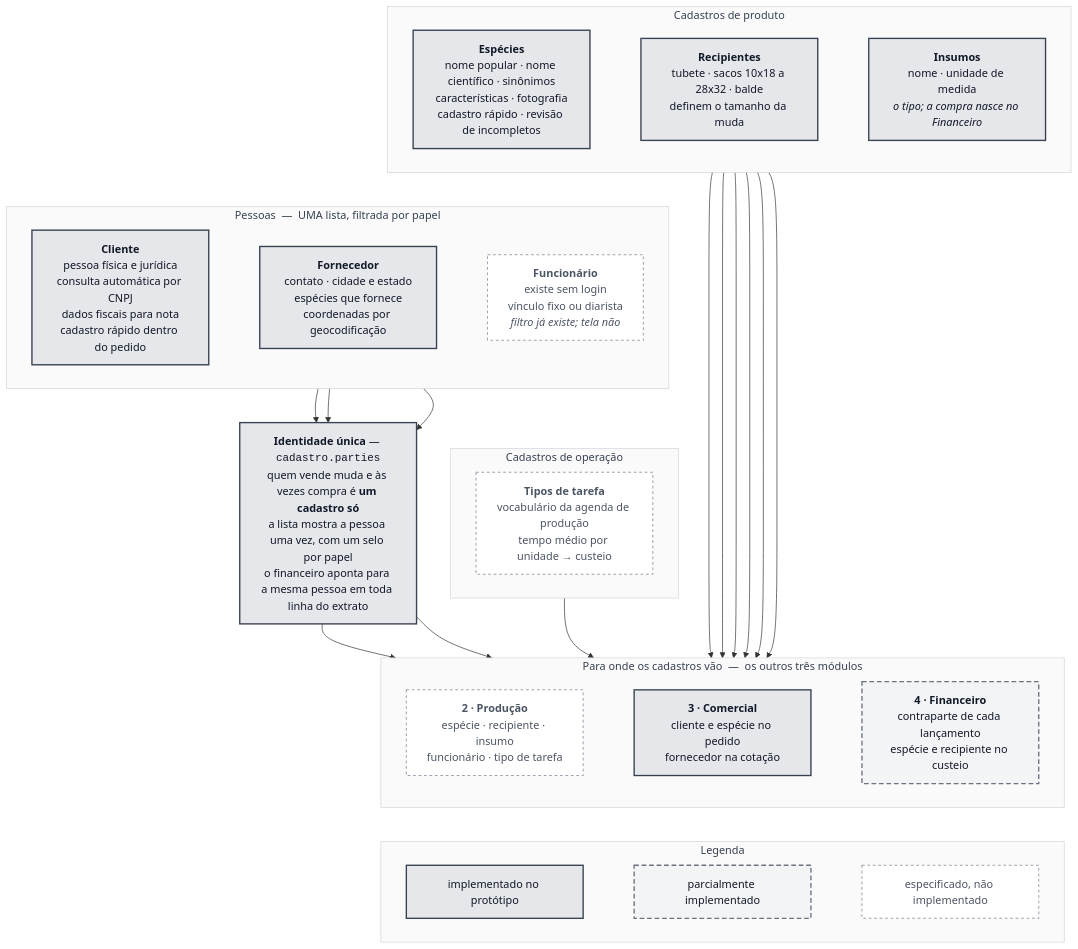
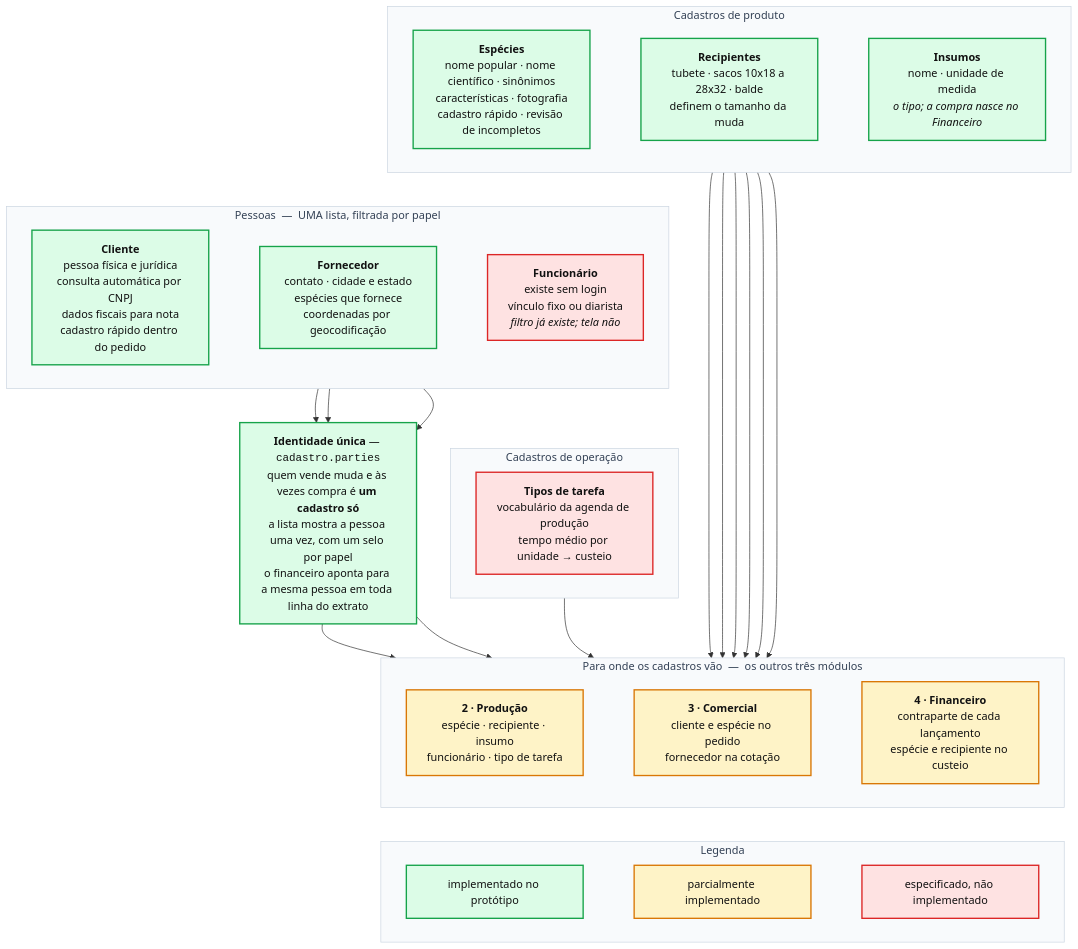
One commit to JoaoMudar/mudar changed the diagram in docs/rotinas/img/mapa-1-cadastros.mmd. Above: the diagram before and after it, drawn with Mermaid. The commit also changed other lines of this file and 19 other files, not shown here.

First line of the commit message:
@ docs(rotinas): cor no .mmd, cinza no .png, e um status so

```diff
--- a/docs/rotinas/img/mapa-1-cadastros.mmd
+++ b/docs/rotinas/img/mapa-1-cadastros.mmd
@@ -1,73 +1,81 @@
 %% Modulo 1 de 4. Cliente, fornecedor e funcionario sao PAPEIS de uma pessoa:
 %% a porta de entrada e /cadastros/pessoas, nao uma aba por papel.
 %% Modulo 1 de 4. Regra de corte: e cadastro se, ao apaga-lo, um movimento
 %% passado ficar sem sentido. Custos fixos foi para o Financeiro (valor que
 %% muda todo mes, alimentado pelo extrato) e coleta de sementes para a
 %% Producao (atividade de campo) — nenhum dos dois passa nessa regra.
 flowchart TB
   subgraph PRODU["Cadastros de produto"]
     direction LR
     ESP["<b>Espécies</b><br/>nome popular · nome científico · sinônimos<br/>características · fotografia<br/>cadastro rápido · revisão de incompletos"]
     REC["<b>Recipientes</b><br/>tubete · sacos 10x18 a 28x32 · balde<br/>definem o tamanho da muda"]
     INS["<b>Insumos</b><br/>nome · unidade de medida<br/><i>o tipo; a compra nasce no Financeiro</i>"]
     ESP ~~~ REC ~~~ INS
   end
 
   subgraph PESSOAS["Pessoas &nbsp;&mdash;&nbsp; UMA lista, filtrada por papel"]
     direction LR
     CLI["<b>Cliente</b><br/>pessoa física e jurídica<br/>consulta automática por CNPJ<br/>dados fiscais para nota<br/>cadastro rápido dentro do pedido"]
     FOR["<b>Fornecedor</b><br/>contato · cidade e estado<br/>espécies que fornece<br/>coordenadas por geocodificação"]
     FUN["<b>Funcionário</b><br/>existe sem login<br/>vínculo fixo ou diarista<br/><i>filtro já existe; tela não</i>"]
     CLI ~~~ FOR ~~~ FUN
   end
 
   IDE["<b>Identidade única</b> &mdash; <code>cadastro.parties</code><br/>quem vende muda e às vezes compra é <b>um cadastro só</b><br/>a lista mostra a pessoa uma vez, com um selo por papel<br/>o financeiro aponta para a mesma pessoa em toda linha do extrato"]
 
   subgraph OPER["Cadastros de operação"]
     direction LR
     TIP["<b>Tipos de tarefa</b><br/>vocabulário da agenda de produção<br/>tempo médio por unidade &rarr; custeio"]
   end
 
   subgraph CONS["Para onde os cadastros vão &nbsp;&mdash;&nbsp; os outros três módulos"]
     direction LR
     D2["<b>2 · Produção</b><br/>espécie · recipiente · insumo<br/>funcionário · tipo de tarefa"]
     D3["<b>3 · Comercial</b><br/>cliente e espécie no pedido<br/>fornecedor na cotação"]
     D4["<b>4 · Financeiro</b><br/>contraparte de cada lançamento<br/>espécie e recipiente no custeio"]
     D2 ~~~ D3 ~~~ D4
   end
 
   INS ~~~ CLI
   FUN ~~~ TIP
 
   CLI --> IDE
   FOR --> IDE
   FUN --> IDE
 
   ESP --> D2
   REC --> D2
   INS --> D2
   TIP --> D2
   ESP --> D3
   IDE --> D3
   ESP --> D4
   REC --> D4
   IDE --> D4
 
   subgraph LEG["Legenda"]
     direction LR
     L1["implementado no protótipo"]
     L2["parcialmente implementado"]
     L3["especificado, não implementado"]
     L1 ~~~ L2 ~~~ L3
   end
   CONS ~~~ LEG
 
-  classDef feito fill:#e5e7eb,stroke:#374151,stroke-width:2px,color:#111827
-  classDef parcial fill:#f3f4f6,stroke:#6b7280,stroke-width:2px,color:#111827,stroke-dasharray:7 4
-  classDef futuro fill:#ffffff,stroke:#9ca3af,stroke-width:1.5px,color:#4b5563,stroke-dasharray:4 4
-  classDef grupo fill:#fafafa,stroke:#d1d5db,stroke-width:1px,color:#374151
+  %% Paleta de STATUS — a fonte e colorida de proposito; o PNG sai em cinza.
+  %% Quem troca a cor pelo cinza e `npm run docs:mapas` (scripts/render-mapas.mjs).
+  %% Criterio: ok = toda etapa do modulo tem tela · meio = parte tem · falta = nenhuma tem.
+  classDef ok fill:#dcfce7,stroke:#16a34a,stroke-width:2px,color:#111
+  classDef meio fill:#fef3c7,stroke:#d97706,stroke-width:2px,color:#111
+  classDef falta fill:#fee2e2,stroke:#dc2626,stroke-width:2px,color:#111
+  classDef grupo fill:#f8fafc,stroke:#cbd5e1,stroke-width:1px,color:#334155
+  classDef ator fill:#374151,stroke:#111827,stroke-width:2px,color:#f9fafb
+  classDef decisao fill:#e2e8f0,stroke:#475569,stroke-width:2px,color:#111
 
-  class ESP,REC,INS,CLI,FOR,IDE,D3,L1 feito
-  class D4,L2 parcial
-  class FUN,TIP,D2,L3 futuro
+  %% Telas que existem hoje.
+  class ESP,REC,INS,CLI,FOR,IDE,L1 ok
+  %% Os outros tres modulos: todos comecados, nenhum completo.
+  class D2,D3,D4,L2 meio
+  %% Sem tela: funcionario (P13 T13.7) e tipo de tarefa (P13 T13.8).
+  class FUN,TIP,L3 falta
   class PRODU,PESSOAS,OPER,CONS,LEG grupo
```
